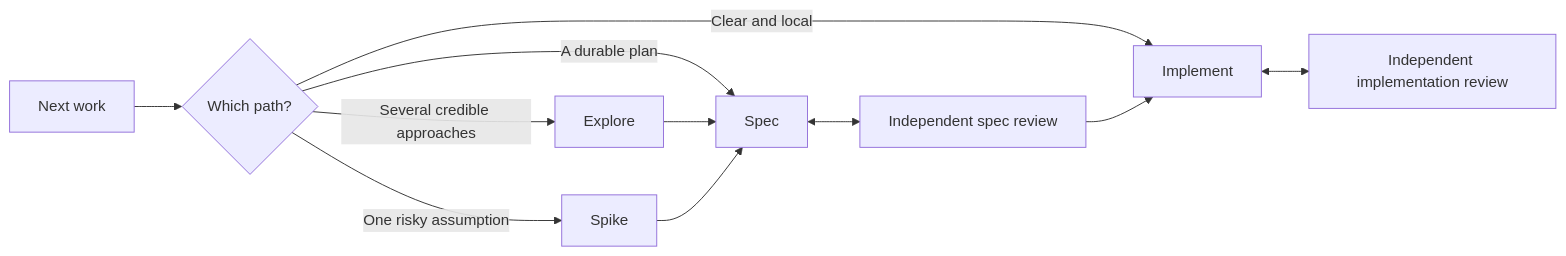
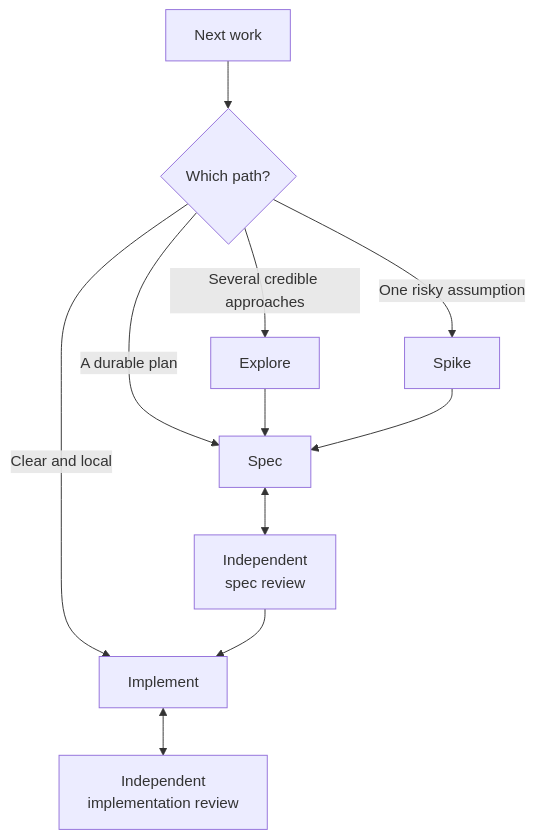
One commit to ccolosimo3/agent-workflow changed the diagram in README.md. Above: the diagram before and after it, drawn with Mermaid.

Commit message:
Keep README workflow diagram within narrow views

````diff
--- a/README.md
+++ b/README.md
@@ -14,15 +14,15 @@
 ```mermaid
-flowchart LR
+flowchart TD
     P[Next work] --> R{Which path?}
 
     R -->|Clear and local| I[Implement]
     R -->|Several credible approaches| E[Explore]
     R -->|One risky assumption| S[Spike]
     R -->|A durable plan| SP[Spec]
 
     E --> SP
     S --> SP
-    SP <--> SR[Independent spec review]
+    SP <--> SR["Independent<br/>spec review"]
     SR --> I
-    I <--> IR[Independent implementation review]
+    I <--> IR["Independent<br/>implementation review"]
 ```
````
